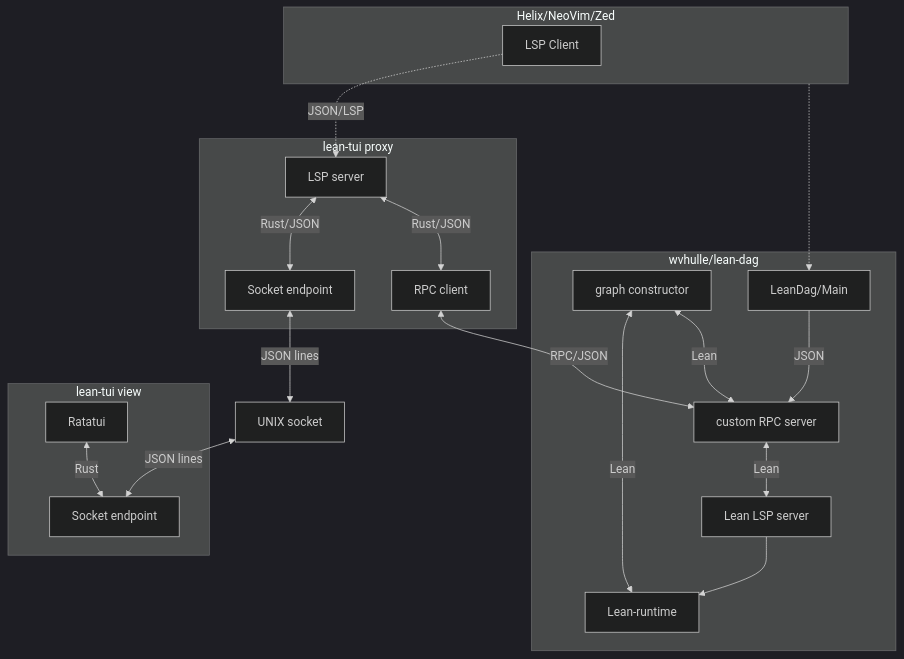
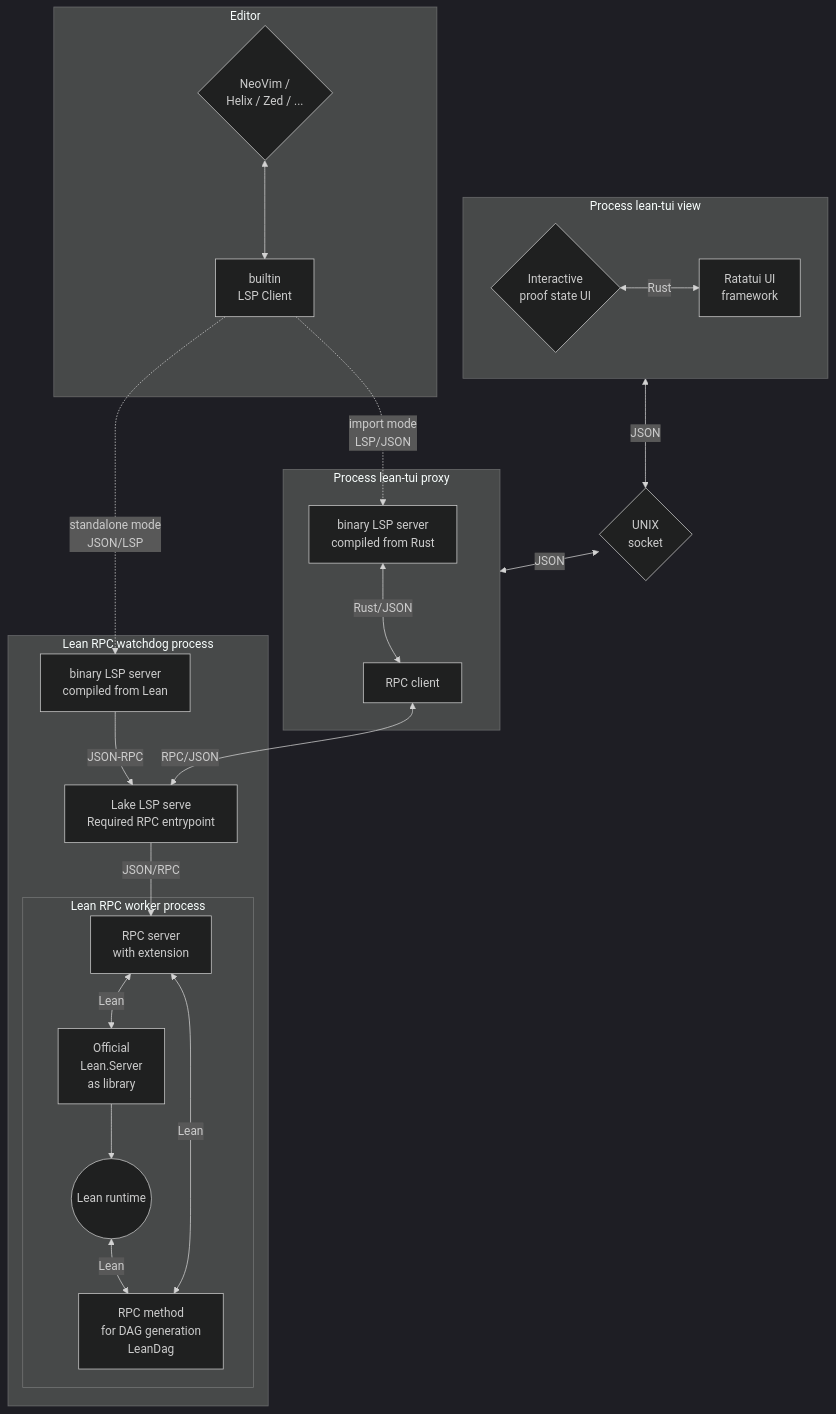
The diagram in README.md (macovedj/lean-tui), drawn with Mermaid (dark theme) before and after one commit. The commit also changed other lines of this file and 1 other file, not shown here.

Commit message:
docs: add shapes diagram

````diff
--- a/README.md
+++ b/README.md
@@ -152,58 +163,68 @@
 ```mermaid
-flowchart TD
-    subgraph LSP-proxy[wvhulle/lean-dag]
+flowchart
 
-        lean-runtime[Lean-runtime]
-        LeanDag[graph constructor]
+subgraph lean-dag-process["Lean RPC watchdog process"]
 
-        LeanDag <-->|Lean| lean-runtime
 
-        custom-rpc-server[custom RPC server]
-        original-lean-lsp[Lean LSP server]
 
-        
+    subgraph lean-worker[Lean RPC worker process]
 
-        lean-dag[LeanDag/Main]
-        original-lean-lsp --> lean-runtime
+        lean-runtime((Lean core))
+        original-lean-lsp[Official <br> Lean.Server <br> as library]
+        lean-runtime((Lean runtime))
 
-        lean-dag -->|JSON| custom-rpc-server 
-        LeanDag <-->|Lean| custom-rpc-server
-        custom-rpc-server <-->|Lean| original-lean-lsp
+        custom-rpc-server["RPC server <br> with extension"]
+
+        rpc-method["RPC method <br> for DAG generation <br> LeanDag"]
+
+        rpc-method <-->|Lean| custom-rpc-server
+        lean-runtime <-->|Lean| rpc-method
     end
 
-    subgraph proxy["lean-tui proxy"]
-        
-        proxy-rpc-client[RPC client]
-        proxy-lsp-server[LSP server]
-        proxy-socket[Socket endpoint]
-        proxy-lsp-server <-->|Rust/JSON| proxy-socket
-        proxy-lsp-server <-->|Rust/JSON| proxy-rpc-client
-        proxy-rpc-client <-->|RPC/JSON| custom-rpc-server
-    end
-
-    
-
-    
-        subgraph TUI[lean-tui view]
-            tui-socket[Socket endpoint]
+    lake-serve[Lake LSP serve <br> Required RPC entrypoint]
 
 
-            Ratatui
+    original-lean-lsp --> lean-runtime
 
-            Ratatui <-->|Rust| tui-socket
-        end
-        
-        json-socket[UNIX socket]
+    lean-dag[binary LSP server <br> compiled from Lean]
 
-        subgraph Editor[Helix/NeoVim/Zed]
-            editor-lsp-client[LSP Client]
-        end
+    lean-dag -->|JSON-RPC| lake-serve
+
+    lake-serve -->|JSON/RPC| custom-rpc-server
+
+    custom-rpc-server <-->|Lean| original-lean-lsp
+end
+
+subgraph proxy["Process lean-tui proxy"]
+
+    proxy-rpc-client[RPC client]
+    proxy-lsp-server[binary LSP server <br> compiled from Rust]
+    proxy-lsp-server <-->|Rust/JSON| proxy-rpc-client
+    proxy-rpc-client <-->|RPC/JSON| lake-serve
+end
 
 
-        proxy-socket <-->|JSON lines| json-socket <-->|JSON lines| tui-socket
 
-        editor-lsp-client -.->|JSON/LSP| proxy-lsp-server
-        
-        Editor -.-> lean-dag
-   
+
+subgraph TUI["Process lean-tui view"]
+    info-view{Interactive <br> proof state  UI}
+    ratatui[Ratatui UI <br/> framework]
+    info-view <--> |Rust| ratatui
+end
+
+TUI <-->|JSON| json-socket{UNIX <br/> socket} <-->|JSON| proxy
+
+
+
+subgraph Editor
+    editor-ui{"NeoVim / <br/> Helix / Zed / ..."}
+    editor-lsp-client[builtin <br> LSP Client]
+    editor-ui <--> editor-lsp-client
+end
+
+
+
+editor-lsp-client -.->|import mode <br> LSP/JSON| proxy-lsp-server
+
+editor-lsp-client -.->|standalone mode <br> JSON/LSP| lean-dag
 ```
````
